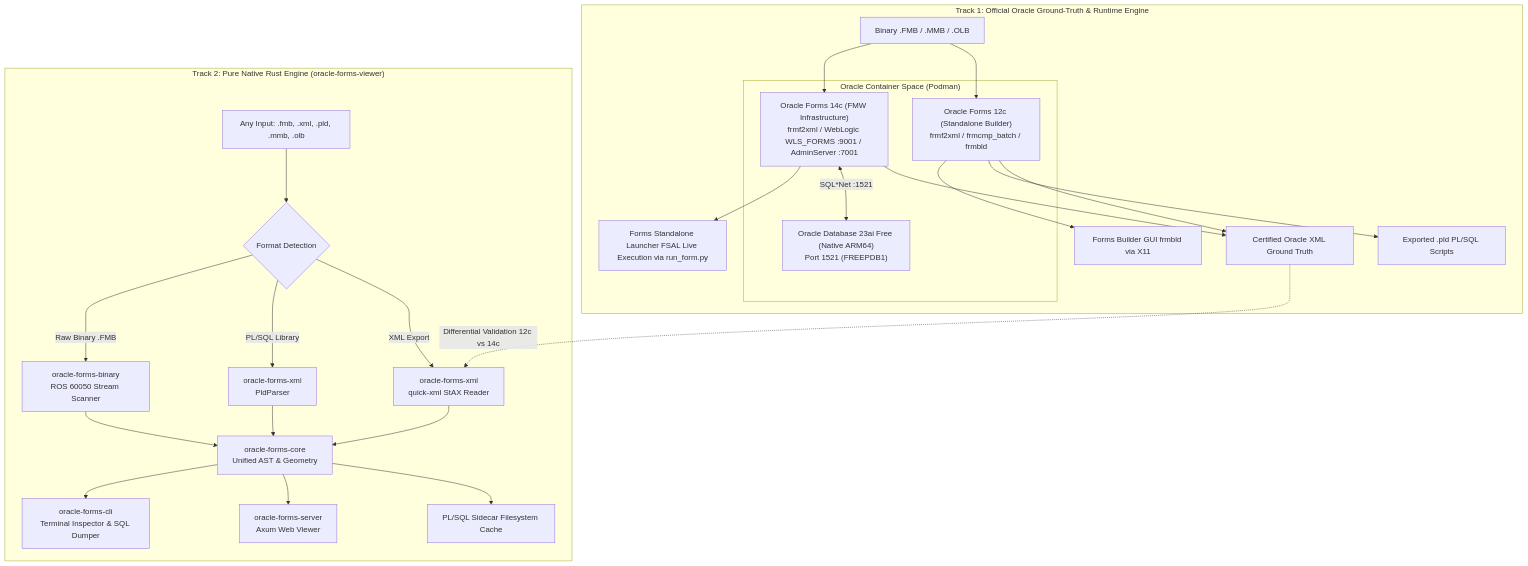
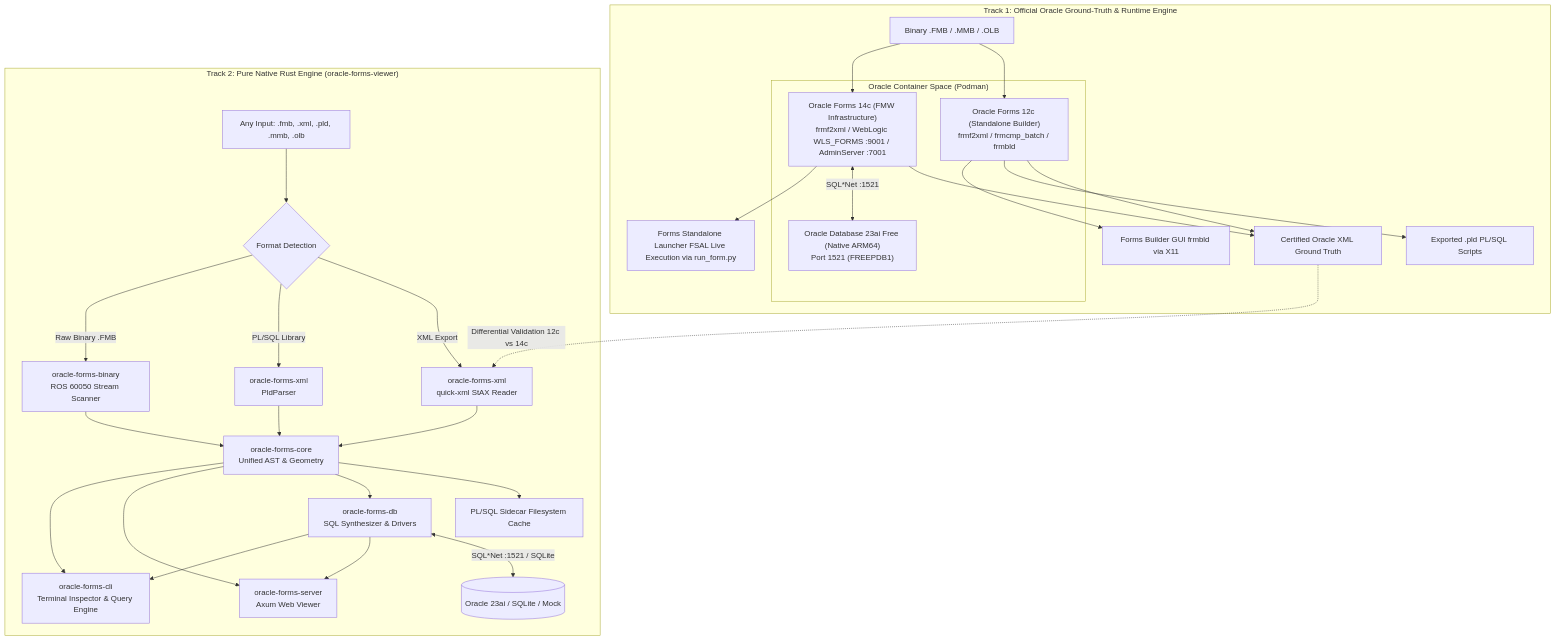
The first of 2 diagrams in architecture.md (richfrem/oracle-forms-viewer), drawn with Mermaid before and after one commit. The commit also changed other lines of this file and 3 other files, not shown here.

Commit message:
docs: align repository name to Oracle Forms Workbench and document Phase A query engine

````diff
--- a/architecture.md
+++ b/architecture.md
@@ -11,33 +11,37 @@
 ```mermaid
 flowchart TD
     subgraph Track1["Track 1: Official Oracle Ground-Truth & Runtime Engine"]
         subgraph FMW_ENV["Oracle Container Space (Podman)"]
             F12["Oracle Forms 12c (Standalone Builder)<br/>frmf2xml / frmcmp_batch / frmbld"]
             F14["Oracle Forms 14c (FMW Infrastructure)<br/>frmf2xml / WebLogic WLS_FORMS :9001 / AdminServer :7001"]
             DB23["Oracle Database 23ai Free (Native ARM64)<br/>Port 1521 (FREEPDB1)"]
         end
         FMB1[Binary .FMB / .MMB / .OLB] --> F12
         FMB1 --> F14
         F12 --> CERT_XML[Certified Oracle XML Ground Truth]
         F12 --> CERT_PLD[Exported .pld PL/SQL Scripts]
         F12 --> GUI[Forms Builder GUI frmbld via X11]
         F14 --> CERT_XML
         F14 <-->|SQL*Net :1521| DB23
         F14 --> FSAL[Forms Standalone Launcher FSAL Live Execution via run_form.py]
     end
 
     subgraph Track2["Track 2: Pure Native Rust Engine (oracle-forms-viewer)"]
         INPUT[Any Input: .fmb, .xml, .pld, .mmb, .olb] --> DISPATCH{Format Detection}
         DISPATCH -->|XML Export| QXML[oracle-forms-xml<br/>quick-xml StAX Reader]
         DISPATCH -->|PL/SQL Library| PLD[oracle-forms-xml<br/>PldParser]
         DISPATCH -->|Raw Binary .FMB| ROS[oracle-forms-binary<br/>ROS 60050 Stream Scanner]
         QXML --> CORE[oracle-forms-core<br/>Unified AST & Geometry]
         PLD --> CORE
         ROS --> CORE
         CORE --> SIDECARS[PL/SQL Sidecar Filesystem Cache]
-        CORE --> HTTP[oracle-forms-server<br/>Axum Web Viewer]
-        CORE --> CLI[oracle-forms-cli<br/>Terminal Inspector & SQL Dumper]
+        CORE --> DB[oracle-forms-db<br/>SQL Synthesizer & Drivers]
+        DB <-->|SQL*Net :1521 / SQLite| TARGET_DB[(Oracle 23ai / SQLite / Mock)]
+        DB --> HTTP[oracle-forms-server<br/>Axum Web Viewer]
+        DB --> CLI[oracle-forms-cli<br/>Terminal Inspector & Query Engine]
+        CORE --> HTTP
+        CORE --> CLI
     end
 
     CERT_XML -.->|Differential Validation 12c vs 14c| QXML
 ```
````
